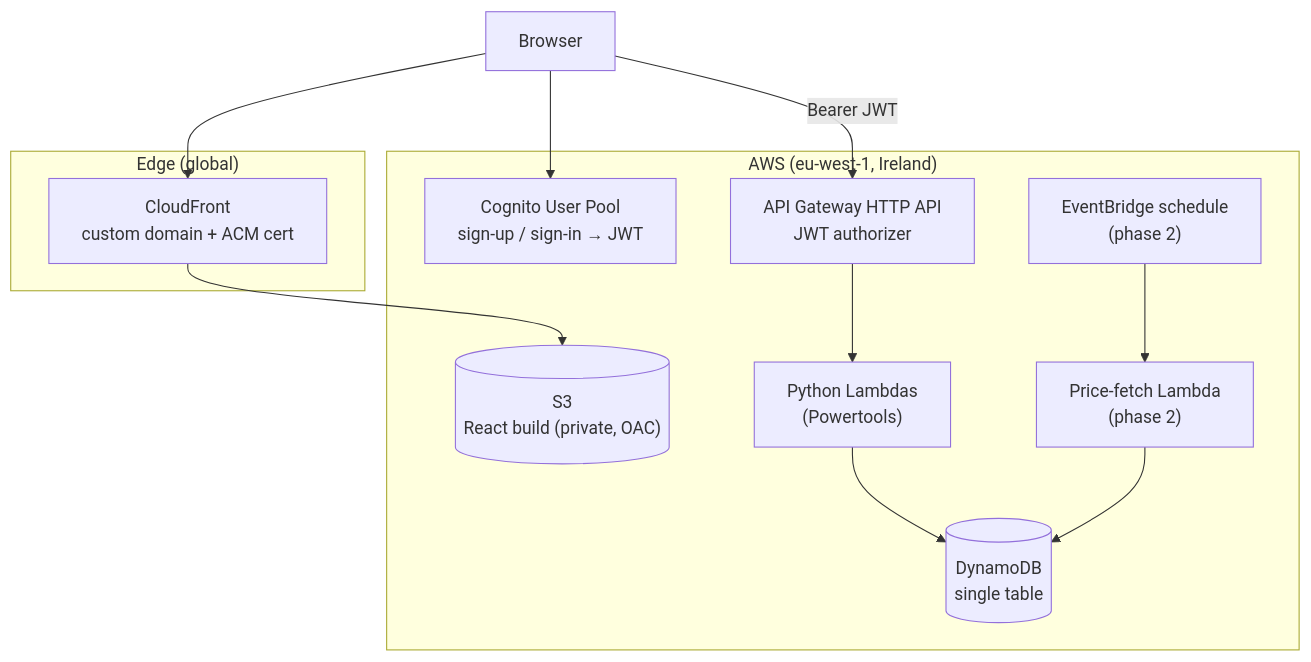
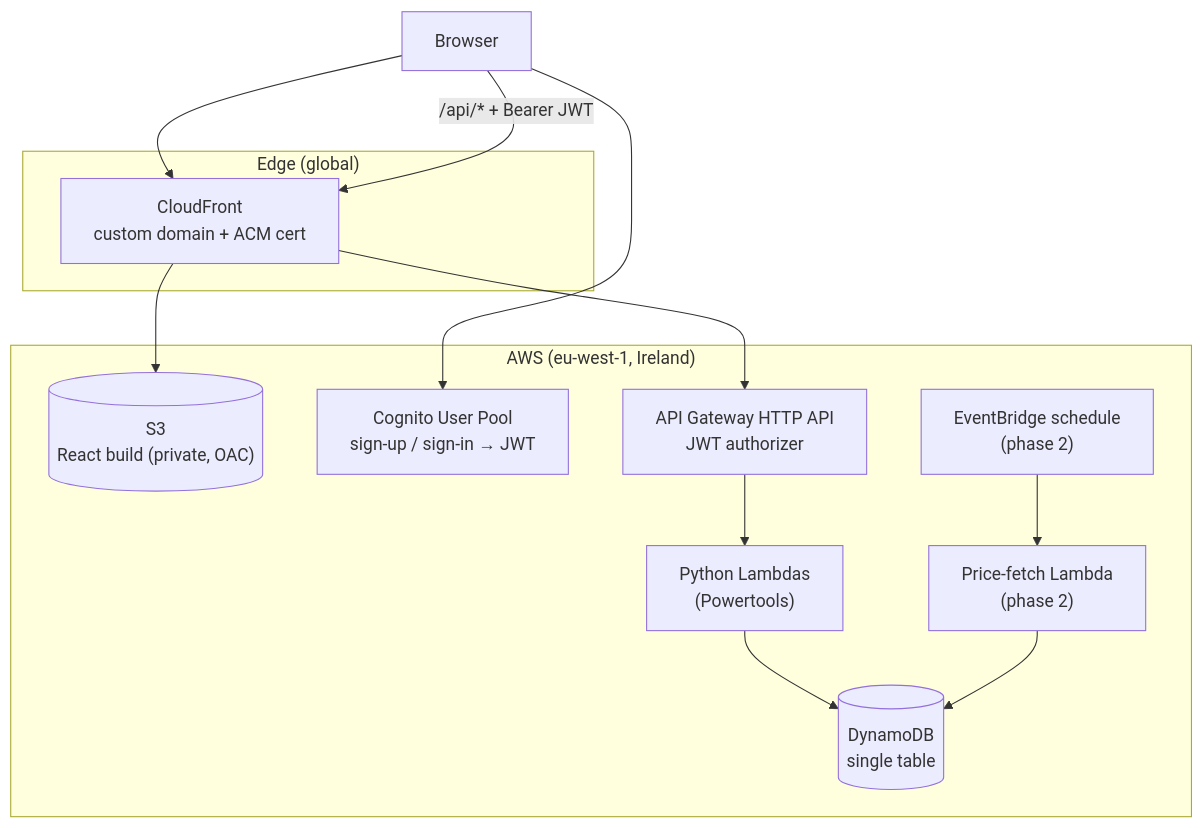
One commit to jp5k/pensionTracker changed the diagram in docs/plan.md. Above: the diagram before and after it, drawn with Mermaid. The commit also changed other lines of this file and 1 other file, not shown here.

````diff
--- a/docs/plan.md
+++ b/docs/plan.md
@@ -39,23 +53,23 @@
 ```mermaid
 flowchart TB
     Browser[Browser]
 
     subgraph Edge["Edge (global)"]
         CF["CloudFront<br/>custom domain + ACM cert"]
     end
 
     subgraph AWS["AWS (eu-west-1, Ireland)"]
         S3[("S3<br/>React build (private, OAC)")]
         Cognito["Cognito User Pool<br/>sign-up / sign-in → JWT"]
         API["API Gateway HTTP API<br/>JWT authorizer"]
         Lambdas["Python Lambdas<br/>(Powertools)"]
         DDB[("DynamoDB<br/>single table")]
         Sched["EventBridge schedule<br/>(phase 2)"]
         Price["Price-fetch Lambda<br/>(phase 2)"]
     end
 
     Browser --> CF --> S3
     Browser --> Cognito
-    Browser -- "Bearer JWT" --> API --> Lambdas --> DDB
+    Browser -- "/api/* + Bearer JWT" --> CF --> API --> Lambdas --> DDB
     Sched --> Price --> DDB
 ```
````
